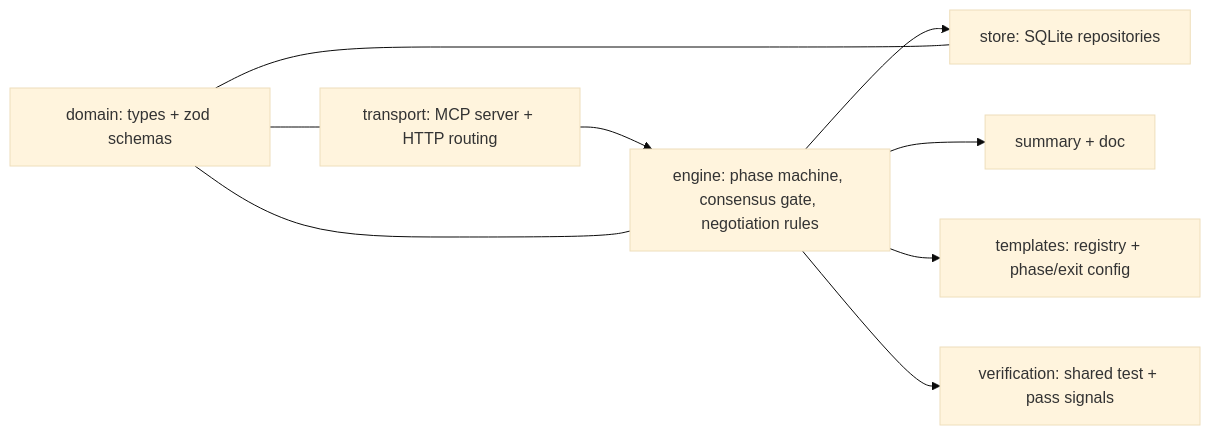
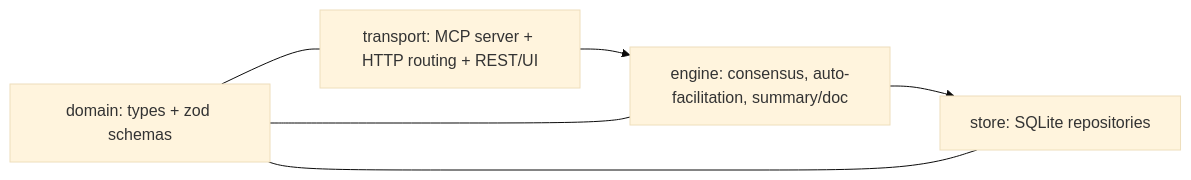
The second of 3 diagrams in .agents/contracts/ARCH.md (BuildItCode/Wonderland), drawn with Mermaid (base theme) before and after one commit. The commit also changed other lines of this file and 57 other files, not shown here.

````diff
--- a/.agents/contracts/ARCH.md
+++ b/.agents/contracts/ARCH.md
@@ -30,11 +30,8 @@
 ```mermaid
 graph LR
-  T["transport: MCP server + HTTP routing"] --> E["engine: phase machine, consensus gate, negotiation rules"]
+  T["transport: MCP server + HTTP routing + REST/UI"] --> E["engine: consensus, auto-facilitation, summary/doc"]
   E --> ST["store: SQLite repositories"]
-  E --> SUM["summary + doc"]
-  E --> TPL["templates: registry + phase/exit config"]
-  E --> VER["verification: shared test + pass signals"]
   D["domain: types + zod schemas"] --- T
   D --- E
   D --- ST
 ```
````
